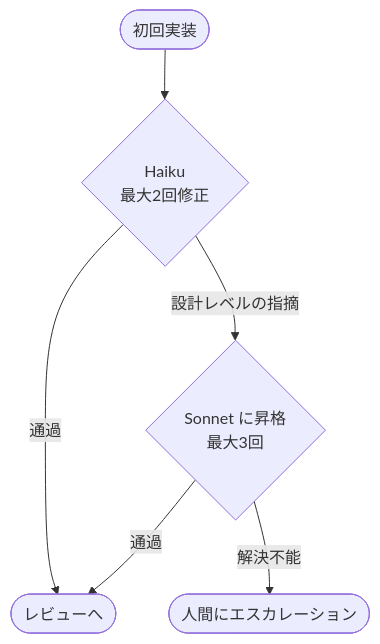
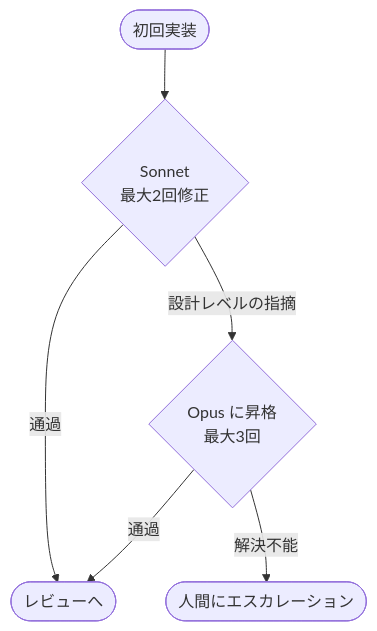
One commit to youmjww/dev-flow-skills changed the third of 4 diagrams in README.md. Above: the diagram before and after it, drawn with Mermaid. The commit also changed other lines of this file, not shown here.

Commit message:
docs: README のモデル構成を Phase 5 変更に合わせて更新する
- Phase 5 実装ラダーを Haiku→Sonnet から Sonnet→Opus に修正
- Phase 5 レビューを Haiku→Sonnet から Opus（昇格なし）に修正
- 自動モデル昇格の mermaid 図も同様に更新
- Phase 6 テスト（Haiku→Sonnet）は変更対象外のためそのまま

````diff
--- a/README.md
+++ b/README.md
@@ -156,9 +156,9 @@
 ```mermaid
 flowchart TD
     Start([初回実装])
-    Start --> Haiku{"Haiku<br/>最大2回修正"}
-    Haiku -->|通過| Review([レビューへ])
-    Haiku -->|設計レベルの指摘| Sonnet{"Sonnet に昇格<br/>最大3回"}
-    Sonnet -->|通過| Review
-    Sonnet -->|解決不能| Human([人間にエスカレーション])
+    Start --> Sonnet{"Sonnet<br/>最大2回修正"}
+    Sonnet -->|通過| Review([レビューへ])
+    Sonnet -->|設計レベルの指摘| Opus{"Opus に昇格<br/>最大3回"}
+    Opus -->|通過| Review
+    Opus -->|解決不能| Human([人間にエスカレーション])
 ```
````
